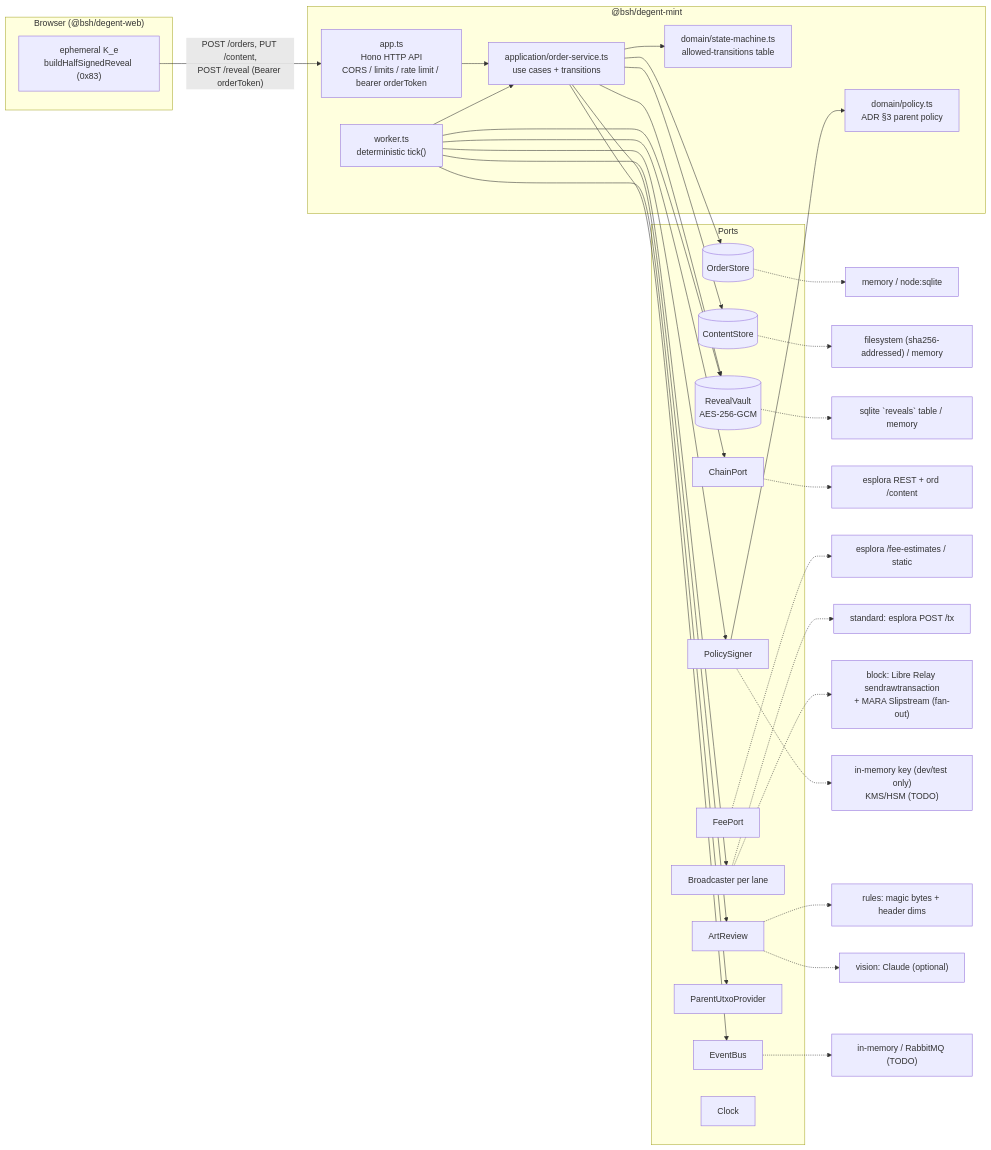
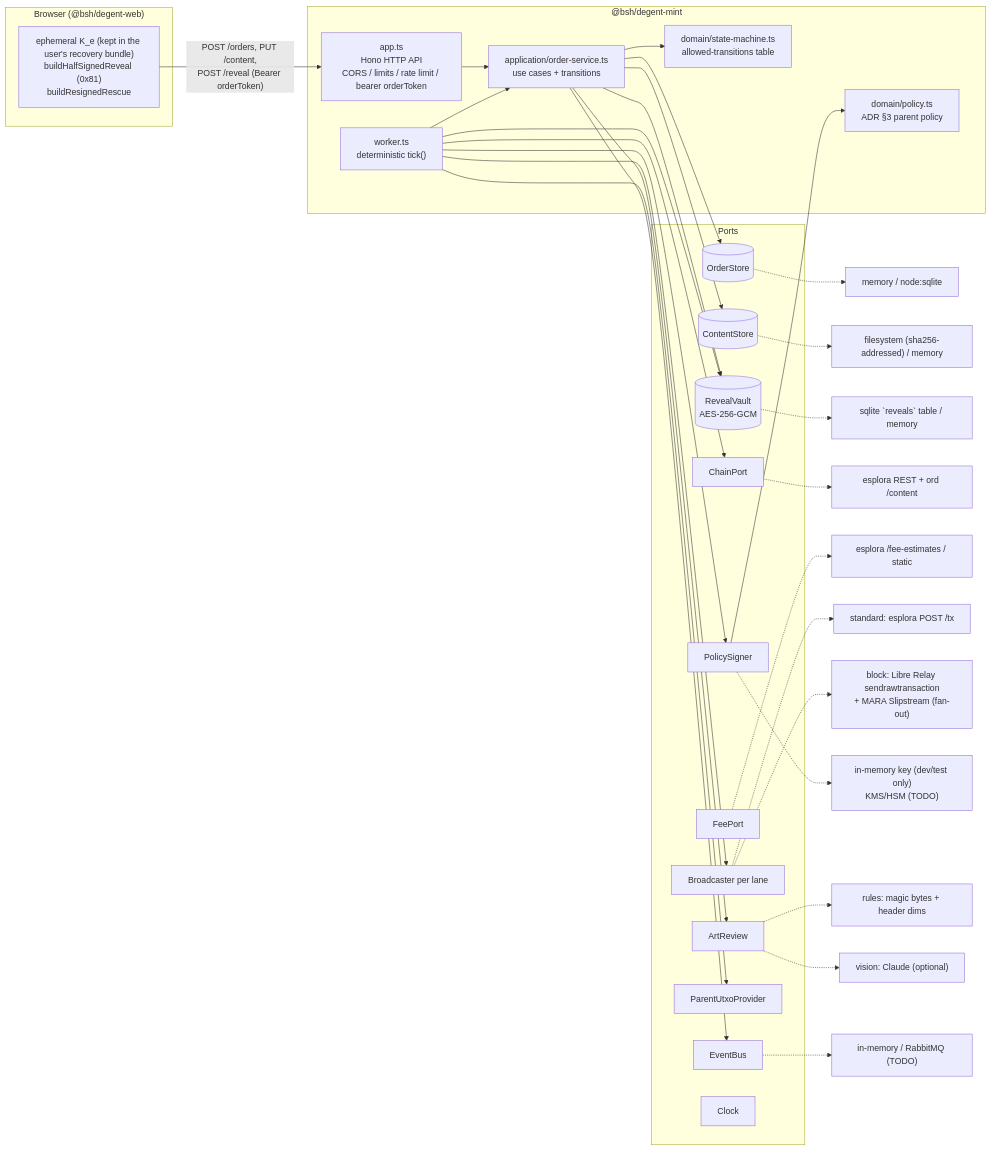
Before and after one commit to DegentClub/degent: the diagram in products/degent/services/mint/README.md, drawn with Mermaid. The commit also changed other lines of this file and 92 other files, not shown here.

First line of the commit message:
degent: strict reveals (ADR-0005), three tiers, block weight budget, rescue from the recovery bundle, fixed marketplace core, real-browser e2e

````diff
--- a/products/degent/services/mint/README.md
+++ b/products/degent/services/mint/README.md
@@ -16,43 +18,43 @@
 ```mermaid
 flowchart LR
   subgraph Browser["Browser (@bsh/degent-web)"]
-    K["ephemeral K_e<br/>buildHalfSignedReveal (0x83)"]
+    K["ephemeral K_e (kept in the user's recovery bundle)<br/>buildHalfSignedReveal (0x81)<br/>buildResignedRescue"]
   end
   subgraph Service["@bsh/degent-mint"]
     API["app.ts<br/>Hono HTTP API<br/>CORS / limits / rate limit / bearer orderToken"]
     OS["application/order-service.ts<br/>use cases + transitions"]
     SM["domain/state-machine.ts<br/>allowed-transitions table"]
     POL["domain/policy.ts<br/>ADR §3 parent policy"]
     W["worker.ts<br/>deterministic tick()"]
   end
   subgraph Ports
     OSt[(OrderStore)]
     CS[(ContentStore)]
     RV[(RevealVault<br/>AES-256-GCM)]
     CH[ChainPort]
     FE[FeePort]
     BR[Broadcaster per lane]
     PS[PolicySigner]
     AR[ArtReview]
     PU[ParentUtxoProvider]
     EB[EventBus]
     CL[Clock]
   end
   K -- "POST /orders, PUT /content,<br/>POST /reveal (Bearer orderToken)" --> API
   API --> OS --> SM
   W --> OS
   OS --> OSt & CS & RV & AR & EB
   W --> CH & PU & PS & BR & RV
   PS --> POL
   OSt -.-> MemOS["memory / node:sqlite"]
   CS -.-> FsCS["filesystem (sha256-addressed) / memory"]
   RV -.-> SQ["sqlite `reveals` table / memory"]
   CH -.-> ESP["esplora REST + ord /content"]
   FE -.-> ESPF["esplora /fee-estimates / static"]
   BR -.-> STD["standard: esplora POST /tx"]
   BR -.-> BLK["block: Libre Relay sendrawtransaction<br/>+ MARA Slipstream (fan-out)"]
   PS -.-> MEM["in-memory key (dev/test only)<br/>KMS/HSM (TODO)"]
   AR -.-> RULES["rules: magic bytes + header dims"]
   AR -.-> VIS["vision: Claude (optional)"]
   EB -.-> BUS["in-memory / RabbitMQ (TODO)"]
 ```
````
